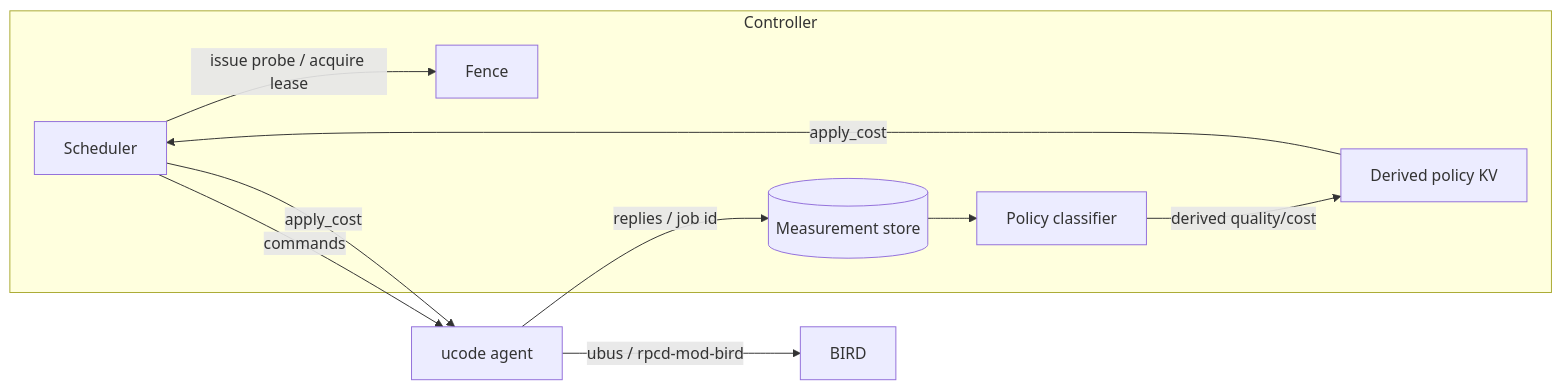
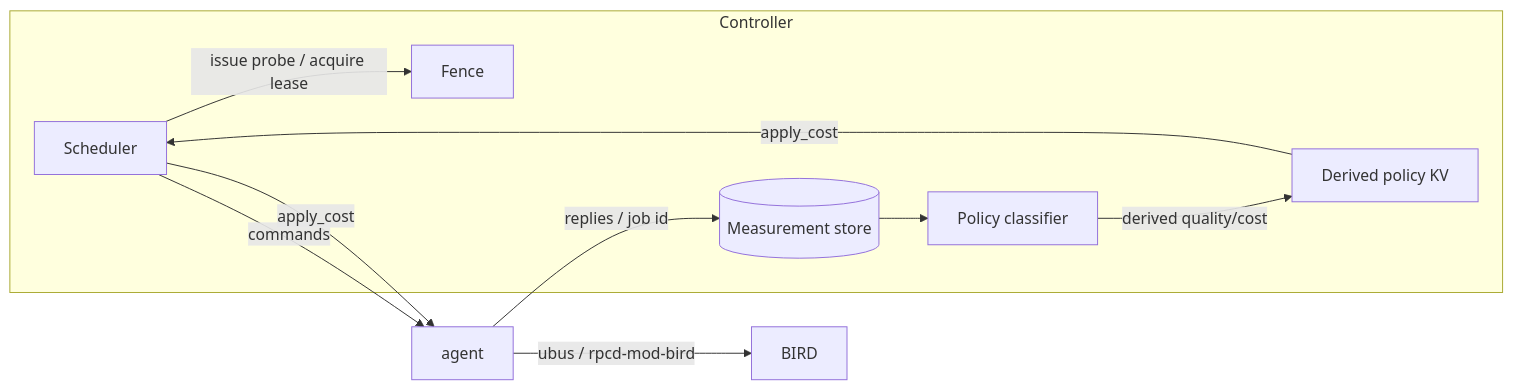
One commit to vooon/mielofon-qoed changed the diagram in docs/architecture.md. Above: the diagram before and after it, drawn with Mermaid. The commit also changed other lines of this file and 58 other files, not shown here.

````diff
--- a/docs/architecture.md
+++ b/docs/architecture.md
@@ -76,18 +77,18 @@
 ```mermaid
 flowchart LR
     subgraph Controller
         S[Scheduler]
         F[Fence]
         T[(Measurement store)]
         C[Policy classifier]
         Q[Derived policy KV]
     end
     T --> C
     S -->|issue probe / acquire lease| F
-    S -->|commands| A[ucode agent]
+    S -->|commands| A[agent]
     A -->|replies / job id| T
     C -->|derived quality/cost| Q
     Q -->|apply_cost| S
     S -->|apply_cost| A
     A -->|ubus / rpcd-mod-bird| B[BIRD]
 ```
````
